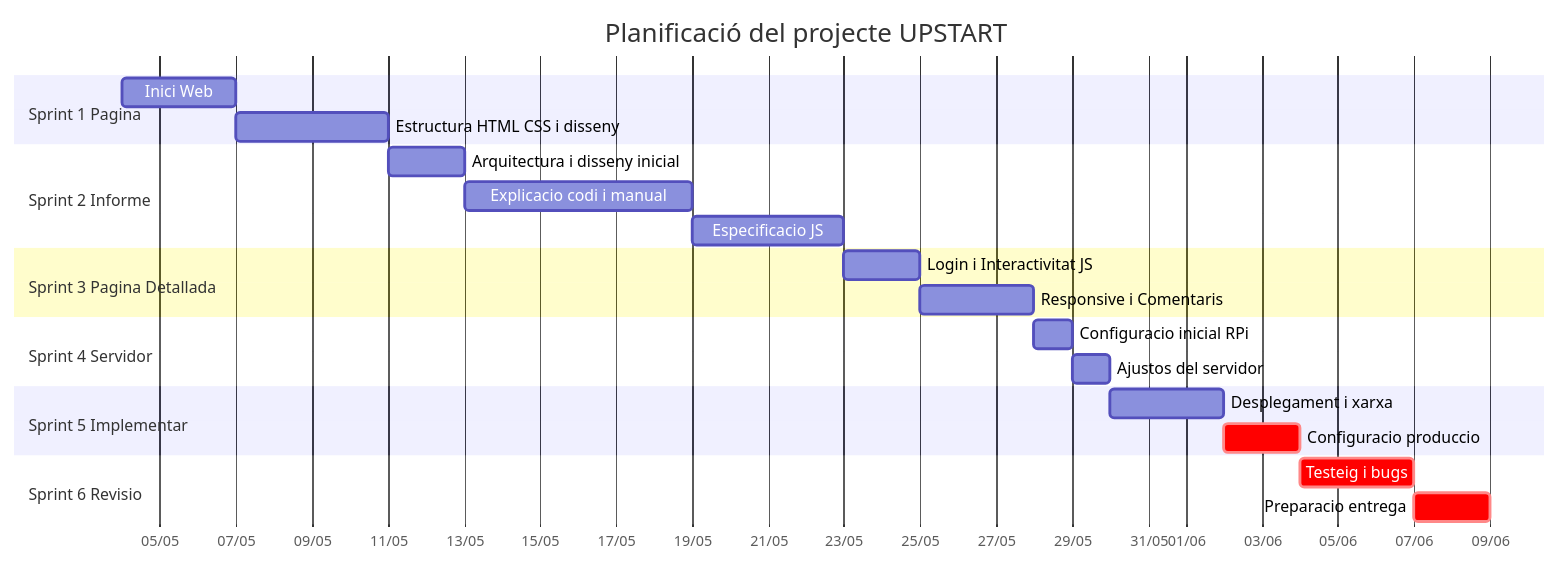
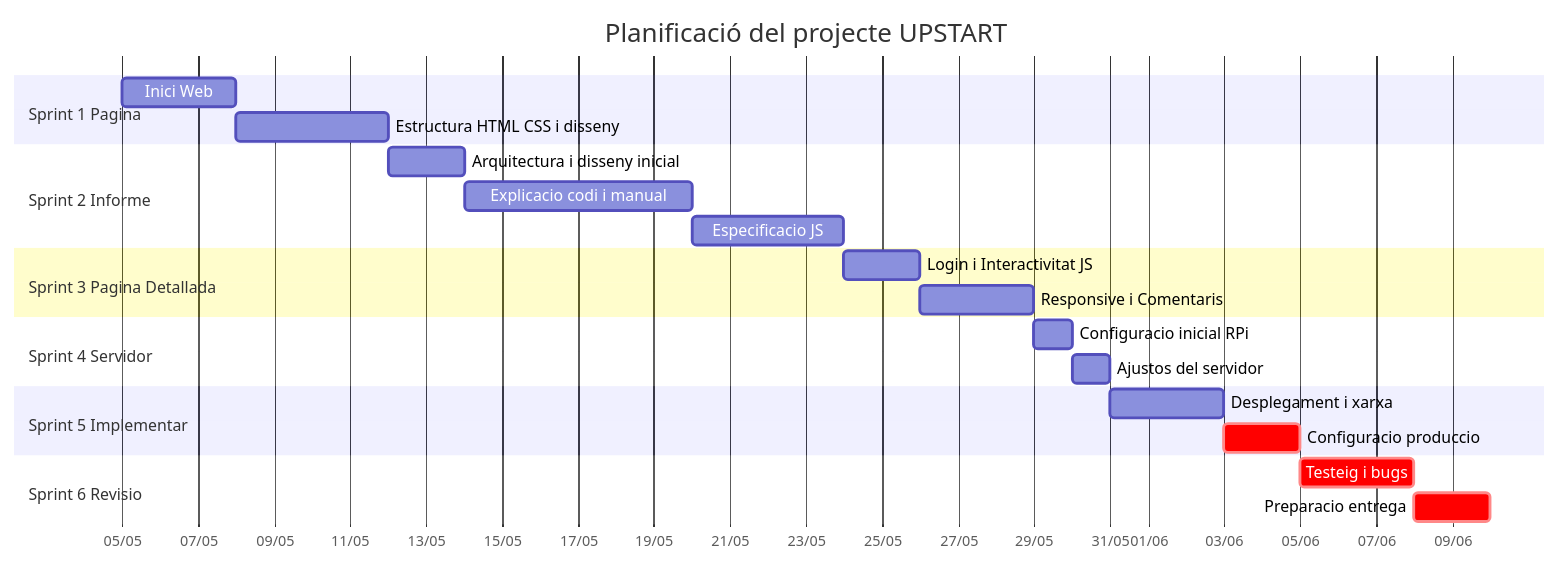
The diagram in README.md (Sukhdeep777/upstart), drawn with Mermaid before and after one commit.

````diff
--- a/README.md
+++ b/README.md
@@ -2,31 +2,31 @@
 ```mermaid
 gantt
     title Planificació del projecte UPSTART
     dateFormat  YYYY-MM-DD
     axisFormat  %d/%m
 
     section Sprint 1 Pagina
-    Inici Web :s1t1, 2026-05-04, 3d
+    Inici Web :s1t1, 2026-05-05, 3d
     Estructura HTML CSS i disseny  :s1t2, after s1t1, 4d
 
     section Sprint 2 Informe
     Arquitectura i disseny inicial :s2t1, after s1t2, 2d
     Explicacio codi i manual       :s2t2, after s2t1, 6d
     Especificacio JS               :s2t3, after s2t2, 4d
 
     section Sprint 3 Pagina Detallada
     Login i Interactivitat JS      :s3t1, after s2t3, 2d
     Responsive i Comentaris        :s3t2, after s3t1, 3d
 
     section Sprint 4 Servidor
     Configuracio inicial RPi       :s4t1, after s3t2, 1d
     Ajustos del servidor           :s4t2, after s4t1, 1d
 
     section Sprint 5 Implementar
     Desplegament i xarxa           :s5t1, after s4t2, 3d
     Configuracio produccio         :crit, s5t2, after s5t1, 2d
 
     section Sprint 6 Revisio
     Testeig i bugs                 :crit, s6t1, after s5t2, 3d
     Preparacio entrega             :crit, s6t2, after s6t1, 2d
 ```
````
